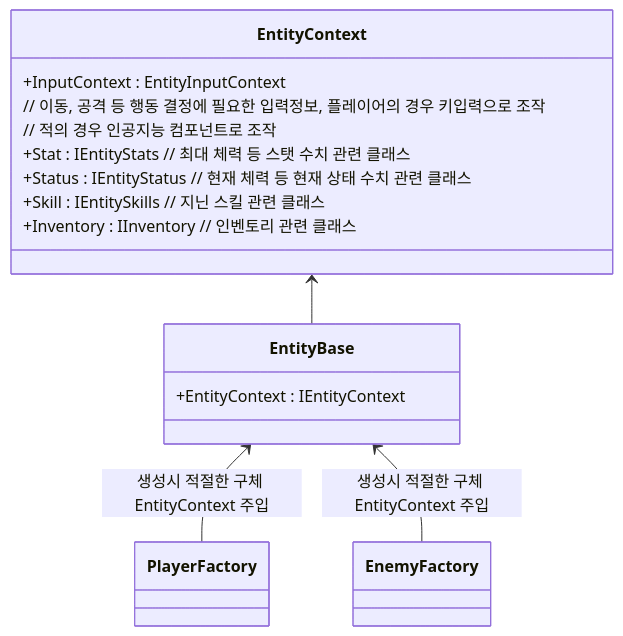
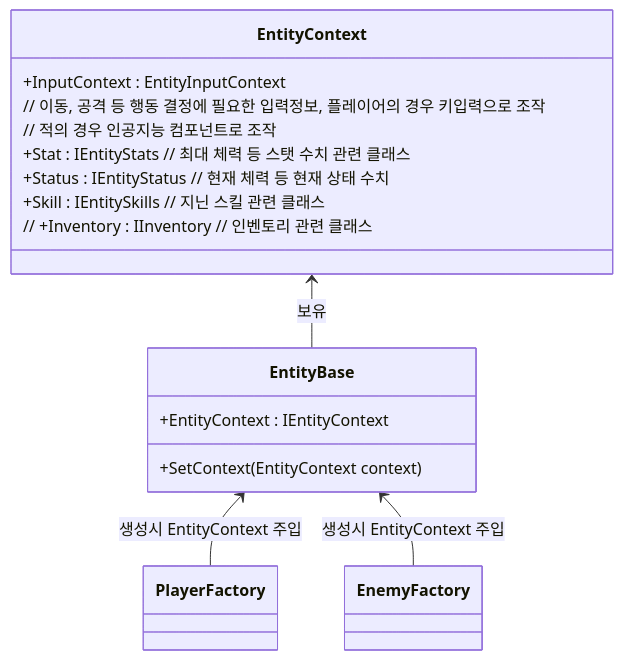
The first of 2 diagrams in README/Entity_설계.md (JIN5EOK/DungeonShooter), drawn with Mermaid before and after one commit. The commit also changed 44 other files, not shown here.

Commit message:
feat: Entity관련 스탯,스킬,조작 데이터들 EntityContext 클래스로 모음

````diff
--- a/README/Entity_설계.md
+++ b/README/Entity_설계.md
@@ -17,21 +17,21 @@
 ```mermaid
 classDiagram
 	class EntityBase{
 		+EntityContext : IEntityContext
+		+SetContext(EntityContext context)
 	}
 	
 	class EntityContext{
 		+InputContext : EntityInputContext 
 		// 이동, 공격 등 행동 결정에 필요한 입력정보, 플레이어의 경우 키입력으로 조작
 		// 적의 경우 인공지능 컴포넌트로 조작
 		+Stat : IEntityStats // 최대 체력 등 스탯 수치 관련 클래스
-		+Status : IEntityStatus // 현재 체력 등 현재 상태 수치 관련 클래스
+		+Status : IEntityStatus // 현재 체력 등 현재 상태 수치
 		+Skill : IEntitySkills // 지닌 스킬 관련 클래스
-		+Inventory : IInventory // 인벤토리 관련 클래스
+		// +Inventory : IInventory // 인벤토리 관련 클래스
 	}
 	
-	EntityContext <-- EntityBase
-	EntityBase <-- PlayerFactory : 생성시 적절한 구체 EntityContext 주입
-	PlayerEntityContext
-	EntityBase <-- EnemyFactory : 생성시 적절한 구체 EntityContext 주입
+	EntityContext <-- EntityBase : 보유
+	EntityBase <-- PlayerFactory : 생성시 EntityContext 주입
+	EntityBase <-- EnemyFactory : 생성시 EntityContext 주입
 ```
````
